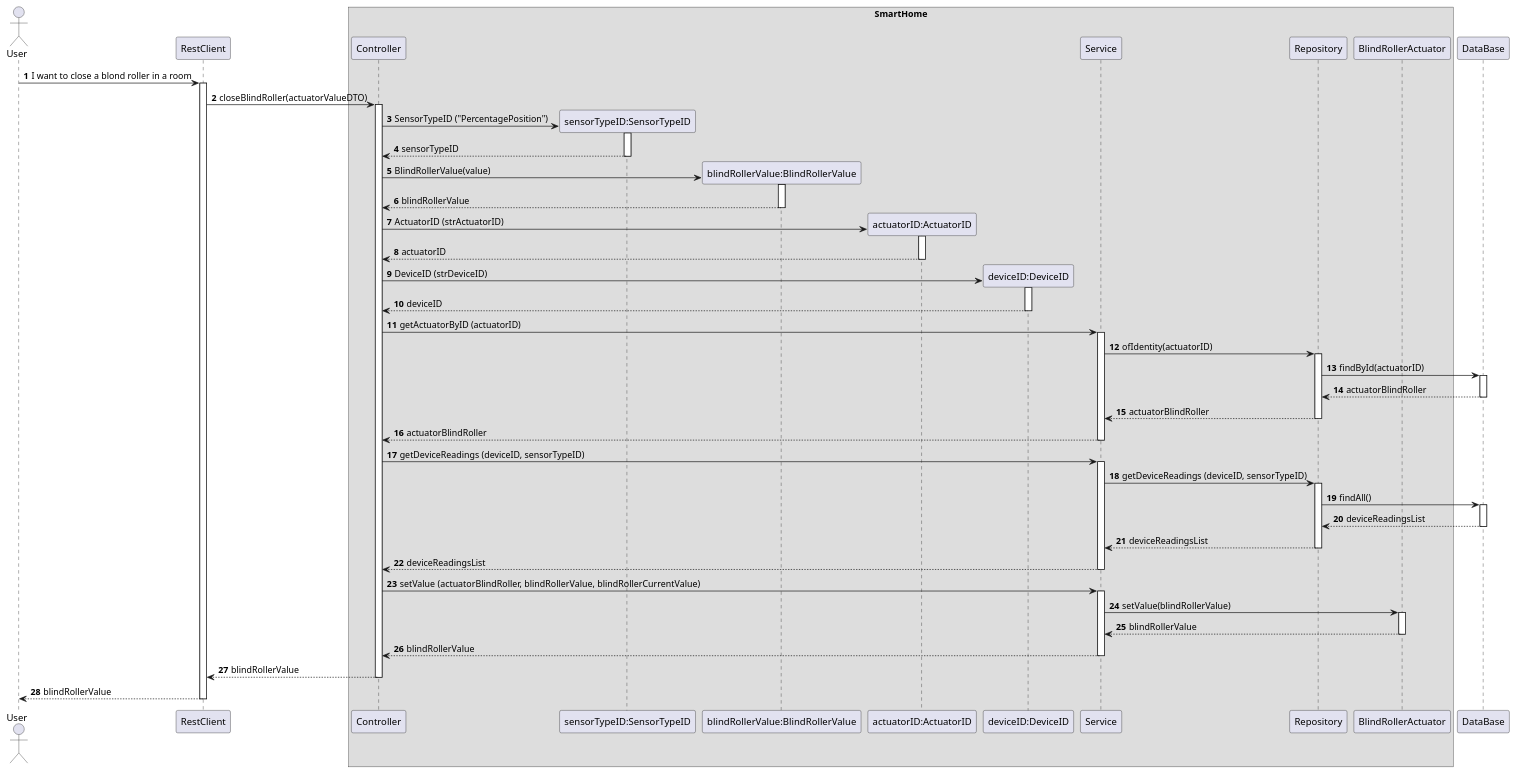
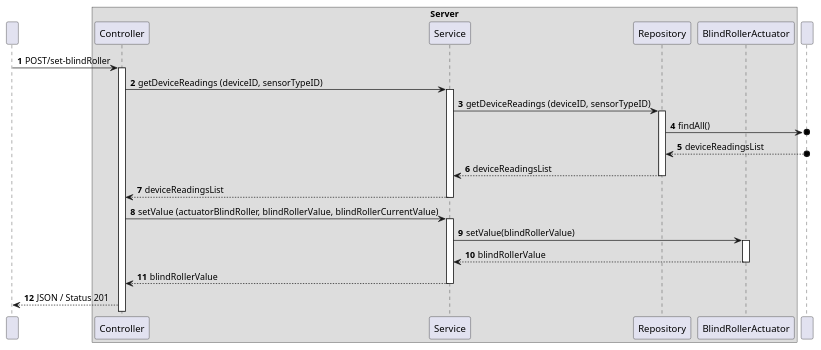
The diagram in docs/ooa/C4_4plus1_models/Level3/ProcessView/ProcessViewLevel3_UC16.puml (olivDiogo/SmartHome), drawn with PlantUML before and after one commit. The commit also changed 3 other files, not shown here.

```diff
--- a/docs/ooa/C4_4plus1_models/Level3/ProcessView/ProcessViewLevel3_UC16.puml
+++ b/docs/ooa/C4_4plus1_models/Level3/ProcessView/ProcessViewLevel3_UC16.puml
@@ -1,110 +1,53 @@
 @startuml
 'https://plantuml.com/sequence-diagram
 !pragma layout smetana
 autonumber
 
-    actor "User" as User
-    participant RestClient as "RestClient"
-    box SmartHome
+participant " " as HTTP
+
+box "Server"
     participant "Controller" as Controller
-    participant "sensorTypeID:SensorTypeID" as SensorTypeID
-    participant "blindRollerValue:BlindRollerValue" as BlindRollerValue
-    participant "actuatorID:ActuatorID" as ActuatorID
-    participant "deviceID:DeviceID" as DeviceID
     participant Service as Service
     participant Repository as Repository
     participant BlindRollerActuator as BlindRollerActuator
 
     end box
 
-    participant DataBase as DataBase
+    participant DataBase as " "
 
-User -> RestClient: I want to close a blond roller in a room
-activate RestClient
 
-RestClient -> Controller: closeBlindRoller(actuatorValueDTO)
+HTTP -> Controller: POST/set-blindRoller
 activate Controller
-
-create SensorTypeID
-Controller -> SensorTypeID: SensorTypeID ("PercentagePosition")
-activate SensorTypeID
-
-SensorTypeID --> Controller: sensorTypeID
-deactivate SensorTypeID
-
-create BlindRollerValue
-Controller -> BlindRollerValue: BlindRollerValue(value)
-activate BlindRollerValue
-
-BlindRollerValue --> Controller: blindRollerValue
-deactivate BlindRollerValue
-
-create ActuatorID
-Controller -> ActuatorID : ActuatorID (strActuatorID)
-activate ActuatorID
-
-ActuatorID --> Controller: actuatorID
-deactivate ActuatorID
-
-create DeviceID
-Controller -> DeviceID : DeviceID (strDeviceID)
-activate DeviceID
-
-DeviceID --> Controller: deviceID
-deactivate DeviceID
-
-Controller -> Service: getActuatorByID (actuatorID)
-activate Service
-
-Service -> Repository: ofIdentity(actuatorID)
-activate Repository
-
-Repository -> DataBase: findById(actuatorID)
-activate DataBase
-
-DataBase --> Repository: actuatorBlindRoller
-deactivate DataBase
-
-Repository --> Service: actuatorBlindRoller
-deactivate Repository
-
-Service --> Controller: actuatorBlindRoller
-deactivate Service
 
 Controller -> Service: getDeviceReadings (deviceID, sensorTypeID)
 activate Service
 
 Service -> Repository: getDeviceReadings (deviceID, sensorTypeID)
 activate Repository
 
-Repository -> DataBase: findAll()
-activate DataBase
+Repository ->o DataBase: findAll()
 
-DataBase --> Repository: deviceReadingsList
-deactivate DataBase
+DataBase o--> Repository: deviceReadingsList
 
 Repository --> Service: deviceReadingsList
 deactivate Repository
 
 Service --> Controller: deviceReadingsList
 deactivate Service
 
 Controller -> Service: setValue (actuatorBlindRoller, blindRollerValue, blindRollerCurrentValue)
 activate Service
 
 Service -> BlindRollerActuator: setValue(blindRollerValue)
 activate BlindRollerActuator
 
 BlindRollerActuator --> Service: blindRollerValue
 deactivate BlindRollerActuator
 
 Service --> Controller: blindRollerValue
 deactivate Service
 
-Controller --> RestClient: blindRollerValue
-deactivate Controller
+Controller --> HTTP: JSON / Status 201
 
-RestClient --> User: blindRollerValue
-deactivate RestClient
 
 @enduml
```
